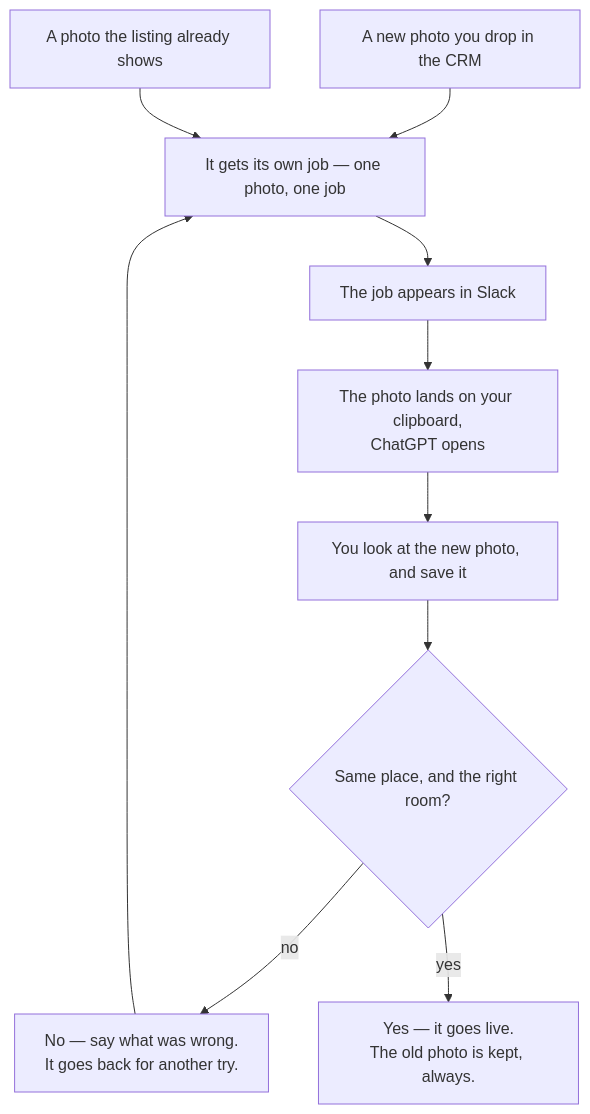
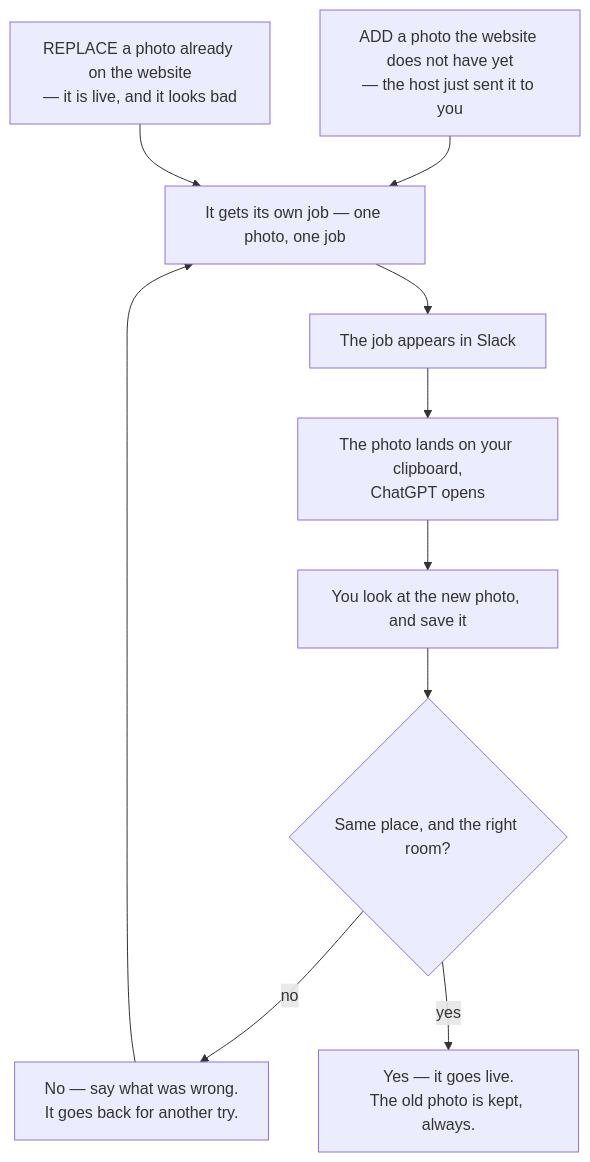
Before and after one commit to databayt/kun: the diagram in content/docs/master.mdx, drawn with Mermaid. The commit also changed other lines of this file, not shown here.

Commit message:
docs(master): the two ways in are add and replace, so say that
The chart labelled them by where the photo came from — "a new photo you
drop in the CRM", "a photo the listing already shows" — which describes
the paperwork, not the choice. Abdout read them and asked what they
meant, which is the answer.

They are ADD and REPLACE, and mixing them up has a real cost: the CRM
lane appends, so sending it a photo the website already shows leaves the
bad original sitting next to its replacement on the page. That trap now
has a row of its own instead of a clause at the end of a sentence.

````diff
--- a/content/docs/master.mdx
+++ b/content/docs/master.mdx
@@ -15,18 +15,18 @@
 ```mermaid
 graph TD
-    A1["A new photo you drop in the CRM"]
-    A2["A photo the listing already shows"]
+    A1["ADD a photo the website does not have yet<br/>— the host just sent it to you"]
+    A2["REPLACE a photo already on the website<br/>— it is live, and it looks bad"]
     B["It gets its own job — one photo, one job"]
     C["The job appears in Slack"]
     D["The photo lands on your clipboard,<br/>ChatGPT opens"]
     E["You look at the new photo, and save it"]
     F{"Same place, and the right room?"}
     G["No — say what was wrong.<br/>It goes back for another try."]
     H["Yes — it goes live.<br/>The old photo is kept, always."]
 
     A1 --> B
     A2 --> B
     B --> C --> D --> E --> F
     F -->|no| G --> B
     F -->|yes| H
 ```
````
